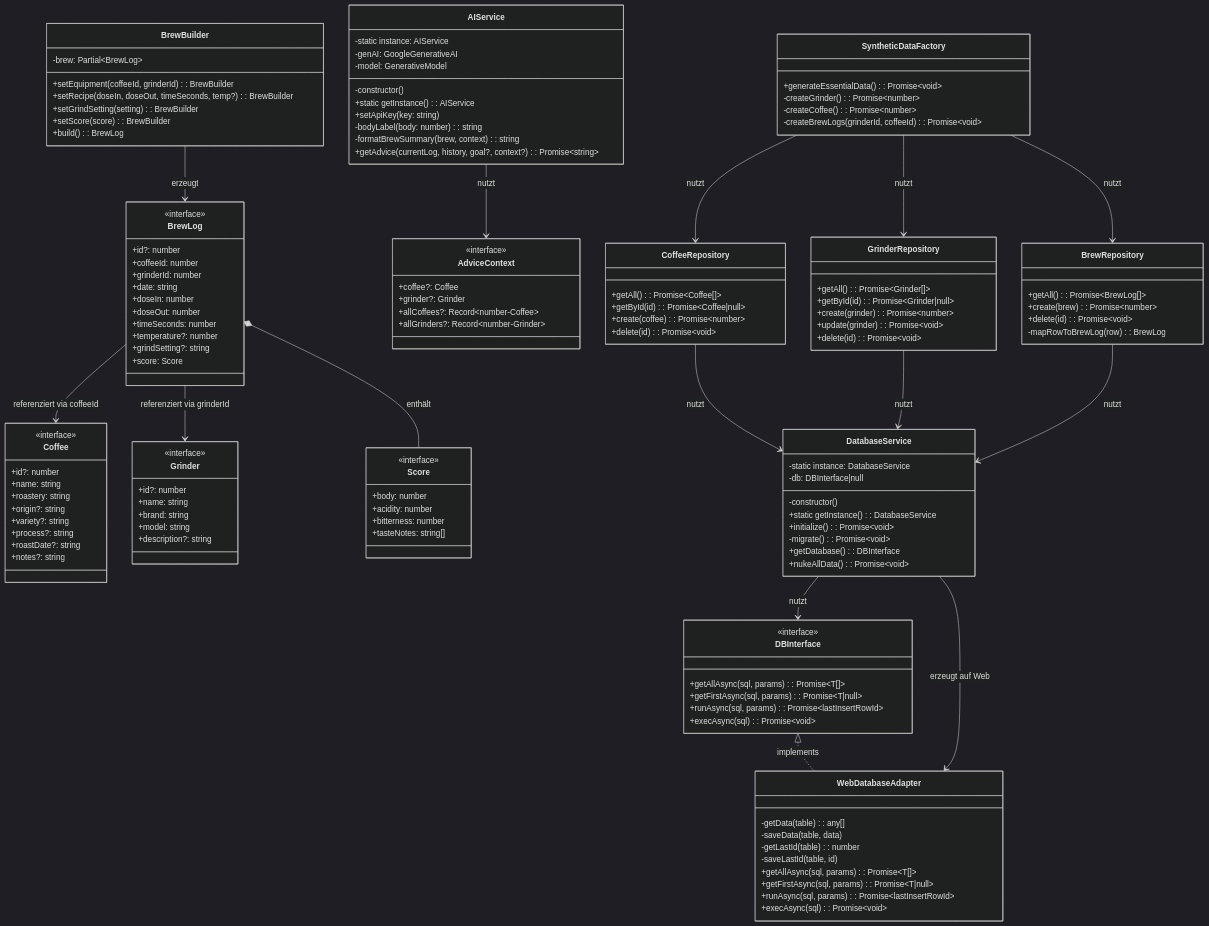
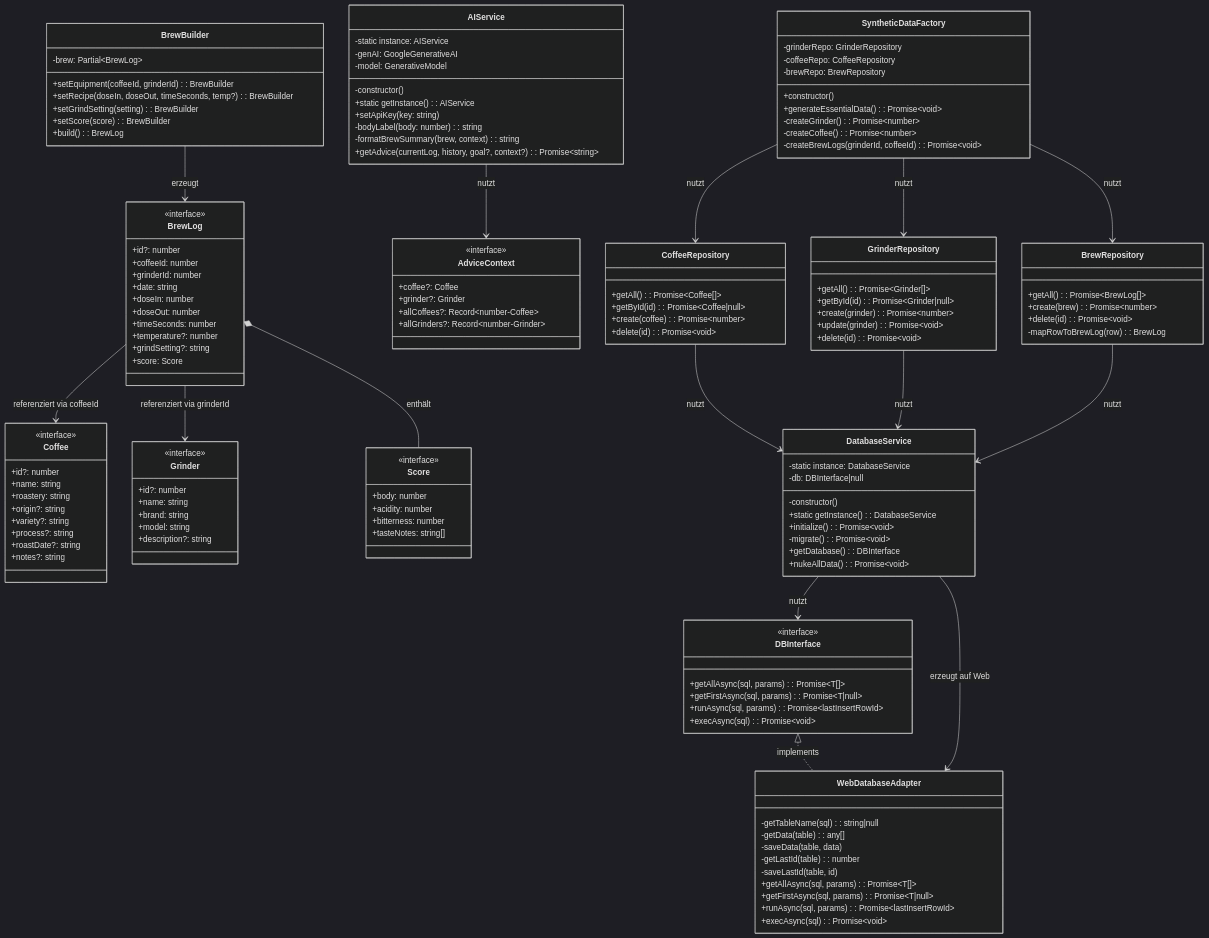
One commit to zobe03/Coffee-app changed the first of 4 diagrams in README.md. Above: the diagram before and after it, drawn with Mermaid (dark theme). The commit also changed other lines of this file and 2 other files, not shown here.

Commit message:
put sliders back in

```diff
--- a/README.md
+++ b/README.md
@@ -316,6 +316,7 @@
     }
 
     class WebDatabaseAdapter {
+        -getTableName(sql): string|null
         -getData(table): any[]
         -saveData(table, data)
         -getLastId(table): number
@@ -389,6 +390,10 @@
     }
 
     class SyntheticDataFactory {
+        -grinderRepo: GrinderRepository
+        -coffeeRepo: CoffeeRepository
+        -brewRepo: BrewRepository
+        +constructor()
         +generateEssentialData(): Promise~void~
         -createGrinder(): Promise~number~
         -createCoffee(): Promise~number~
```
